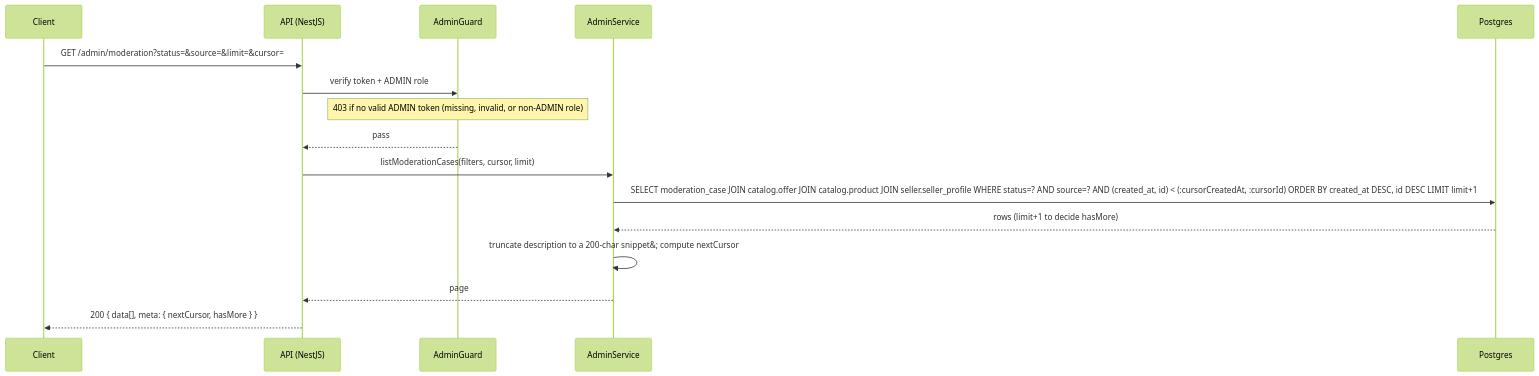
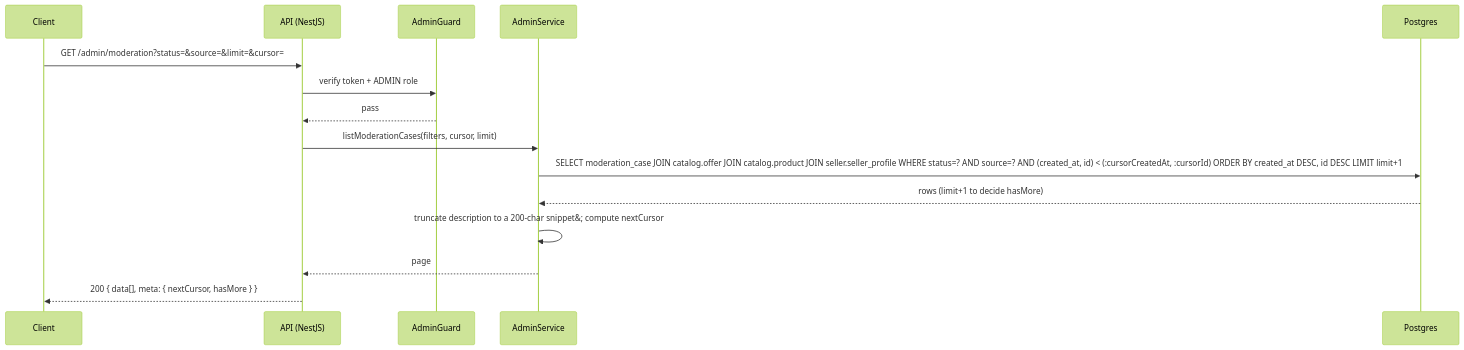
The ninth of 15 diagrams in phase-1/technical-design/api-design/admin.md (alisa-uthi/aliceut-ecom-document), drawn with Mermaid (forest theme) before and after one commit. The commit also changed other lines of this file and 53 other files, not shown here.

````diff
--- a/phase-1/technical-design/api-design/admin.md
+++ b/phase-1/technical-design/api-design/admin.md
@@ -722,19 +714,18 @@
 ```mermaid
 sequenceDiagram
     participant C as Client
     participant API as API (NestJS)
     participant G as AdminGuard
     participant S as AdminService
     participant PG as Postgres
 
     C->>API: GET /admin/moderation?status=&source=&limit=&cursor=
     API->>G: verify token + ADMIN role
-    Note over G: 403 if no valid ADMIN token (missing, invalid, or non-ADMIN role)
     G-->>API: pass
     API->>S: listModerationCases(filters, cursor, limit)
     S->>PG: SELECT moderation_case JOIN catalog.offer JOIN catalog.product JOIN seller.seller_profile WHERE status=? AND source=? AND (created_at, id) < (:cursorCreatedAt, :cursorId) ORDER BY created_at DESC, id DESC LIMIT limit+1
     PG-->>S: rows (limit+1 to decide hasMore)
     S->>S: truncate description to a 200-char snippet&#59; compute nextCursor
     S-->>API: page
     API-->>C: 200 { data[], meta: { nextCursor, hasMore } }
 ```
````
